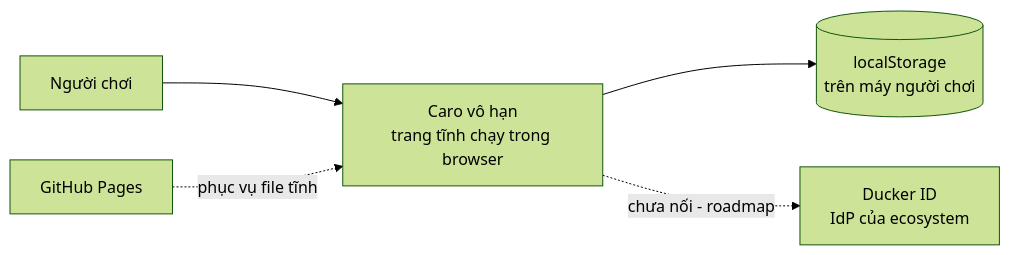
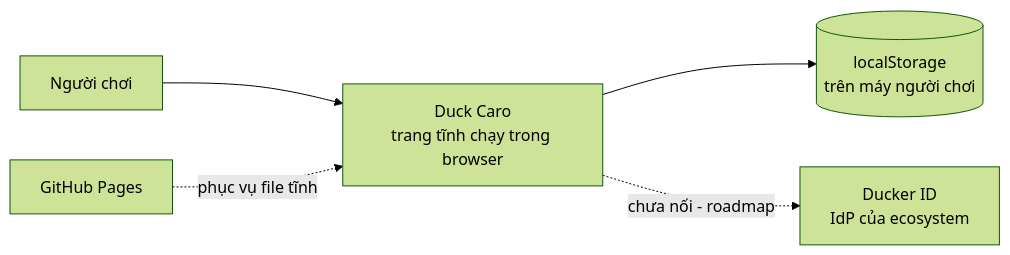
One commit to LeVanAnhDuc/web-game-duck-caro changed the first of 2 diagrams in docs/03-design/architecture.md. Above: the diagram before and after it, drawn with Mermaid (forest theme). The commit also changed 14 other files, not shown here.

````diff
--- a/docs/03-design/architecture.md
+++ b/docs/03-design/architecture.md
@@ -24,7 +24,7 @@
 ```mermaid
 graph LR
-  User[Người chơi] --> App[Caro vô hạn<br/>trang tĩnh chạy trong browser]
+  User[Người chơi] --> App[Duck Caro<br/>trang tĩnh chạy trong browser]
   App --> LS[(localStorage<br/>trên máy người chơi)]
   Pages[GitHub Pages] -. phục vụ file tĩnh .-> App
   App -. chưa nối - roadmap .-> Ducker[Ducker ID<br/>IdP của ecosystem]
 ```
````
